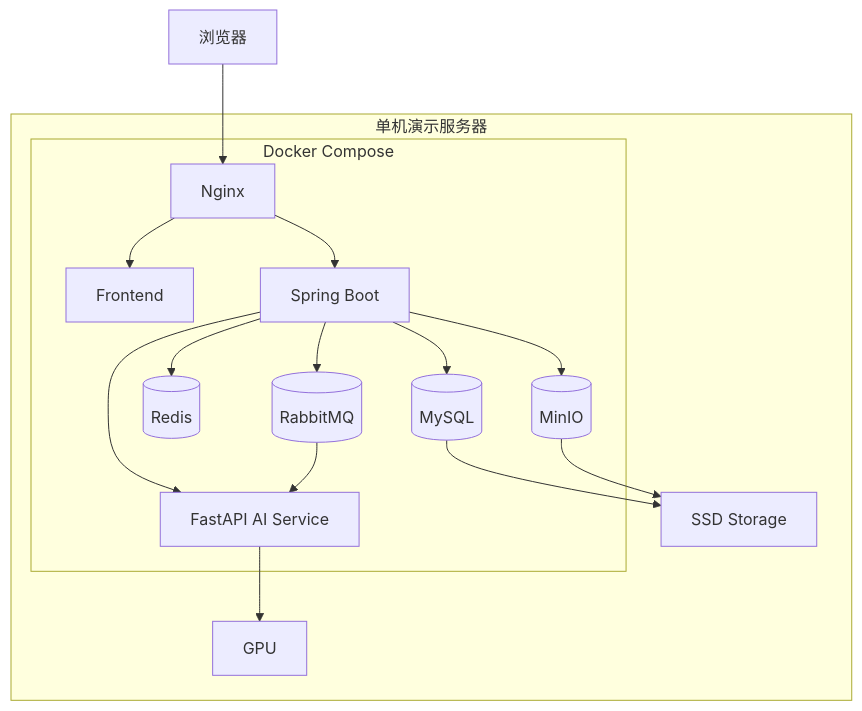
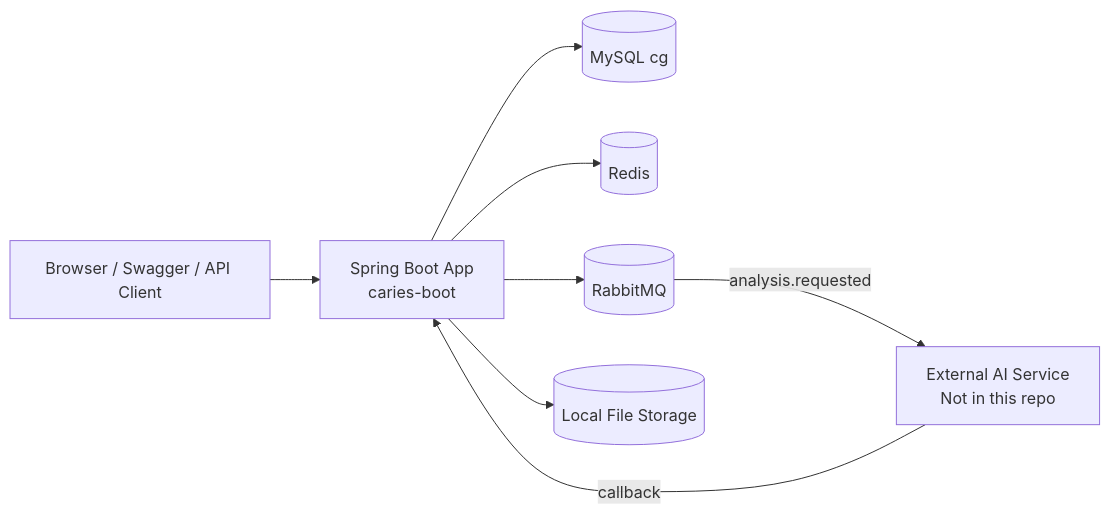
One commit to lizhuoheng47/caries_guard changed the sixth of 7 diagrams in Documents/02_UML图集.md. Above: the diagram before and after it, drawn with Mermaid. The commit also changed other lines of this file and 83 other files, not shown here.

First line of the commit message:
docs(architecture): 添加系统架构与开发规范文档

````diff
--- a/Documents/02_UML图集.md
+++ b/Documents/02_UML图集.md
@@ -567,32 +168,13 @@
 ```mermaid
-graph TB
-    Browser[浏览器]
+flowchart LR
+    User[Browser / Swagger / API Client]
+    User --> App[Spring Boot App\ncaries-boot]
 
-    subgraph Host[单机演示服务器]
-        subgraph DockerCompose[Docker Compose]
-            Nginx[Nginx]
-            Frontend[Frontend]
-            Backend[Spring Boot]
-            AI[FastAPI AI Service]
-            MySQL[(MySQL)]
-            Redis[(Redis)]
-            MinIO[(MinIO)]
-            MQ[(RabbitMQ)]
-        end
-        GPU[GPU]
-        Disk[SSD Storage]
-    end
+    App --> DB[(MySQL cg)]
+    App --> Cache[(Redis)]
+    App --> MQ[(RabbitMQ)]
+    App --> FS[(Local File Storage)]
 
-    Browser --> Nginx
-    Nginx --> Frontend
-    Nginx --> Backend
-    Backend --> MySQL
-    Backend --> Redis
-    Backend --> MinIO
-    Backend --> MQ
-    Backend --> AI
-    MQ --> AI
-    AI --> GPU
-    MySQL --> Disk
-    MinIO --> Disk
+    AI[External AI Service\nNot in this repo] -->|callback| App
+    MQ -->|analysis.requested| AI
 ```
````
